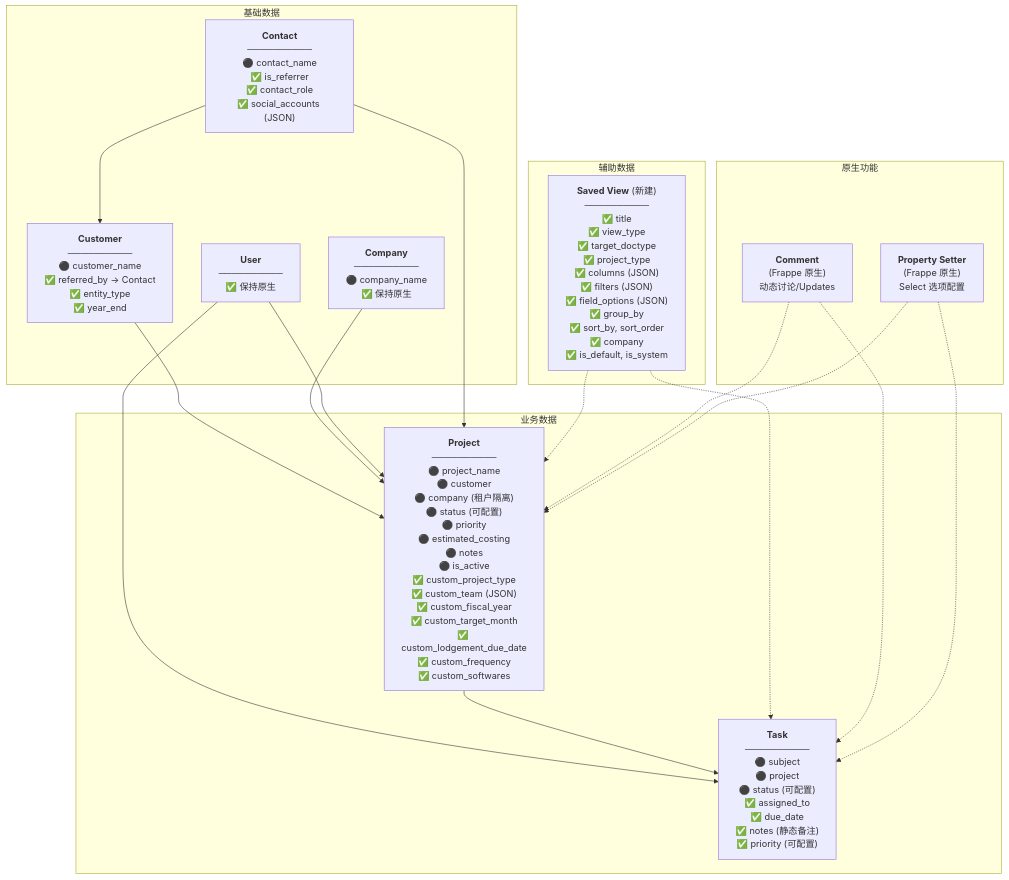
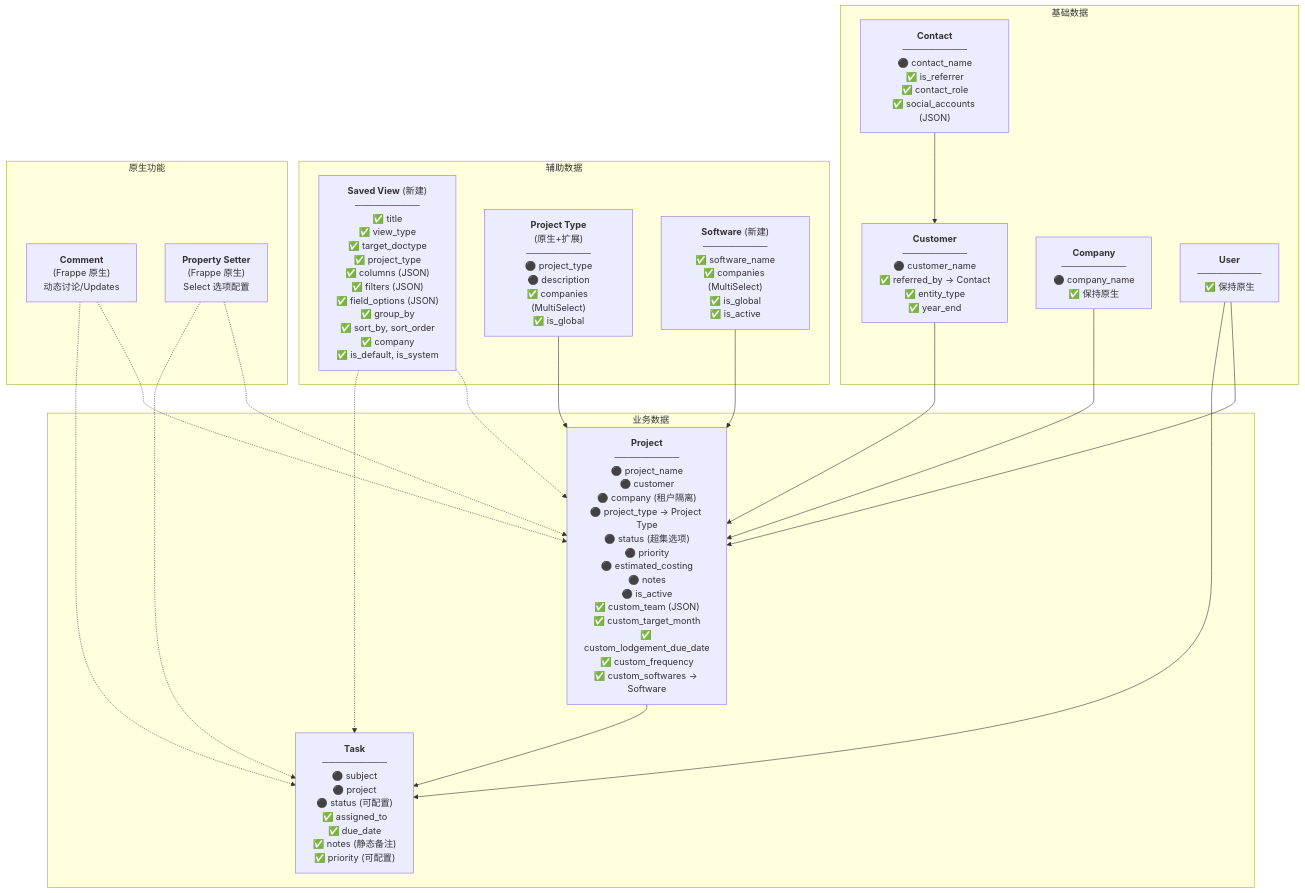
One commit to Top-Figures-Business-Solution-Pty-Ltd/Smart-Accounting-SaaS-Platform changed the second of 2 diagrams in docs/A_Data_Model_Assessment.md. Above: the diagram before and after it, drawn with Mermaid. The commit also changed other lines of this file, not shown here.

````diff
--- a/docs/A_Data_Model_Assessment.md
+++ b/docs/A_Data_Model_Assessment.md
@@ -108,42 +120,48 @@
 ```mermaid
 flowchart TB
     subgraph 基础数据
         CUSTOMER["<b>Customer</b><br/>──────────<br/>⚫ customer_name<br/>✅ referred_by → Contact<br/>✅ entity_type<br/>✅ year_end"]
         
         CONTACT["<b>Contact</b><br/>──────────<br/>⚫ contact_name<br/>✅ is_referrer<br/>✅ contact_role<br/>✅ social_accounts (JSON)"]
         
         COMPANY["<b>Company</b><br/>──────────<br/>⚫ company_name<br/>✅ 保持原生"]
         
         USER["<b>User</b><br/>──────────<br/>✅ 保持原生"]
     end
     
     subgraph 业务数据
-        PROJ["<b>Project</b><br/>──────────<br/>⚫ project_name<br/>⚫ customer<br/>⚫ company (租户隔离)<br/>⚫ status (可配置)<br/>⚫ priority<br/>⚫ estimated_costing<br/>⚫ notes<br/>⚫ is_active<br/>✅ custom_project_type<br/>✅ custom_team (JSON)<br/>✅ custom_fiscal_year<br/>✅ custom_target_month<br/>✅ custom_lodgement_due_date<br/>✅ custom_frequency<br/>✅ custom_softwares"]
+        PROJ["<b>Project</b><br/>──────────<br/>⚫ project_name<br/>⚫ customer<br/>⚫ company (租户隔离)<br/>⚫ project_type → Project Type<br/>⚫ status (超集选项)<br/>⚫ priority<br/>⚫ estimated_costing<br/>⚫ notes<br/>⚫ is_active<br/>✅ custom_team (JSON)<br/>✅ custom_target_month<br/>✅ custom_lodgement_due_date<br/>✅ custom_frequency<br/>✅ custom_softwares → Software"]
         
         TASK["<b>Task</b><br/>──────────<br/>⚫ subject<br/>⚫ project<br/>⚫ status (可配置)<br/>✅ assigned_to<br/>✅ due_date<br/>✅ notes (静态备注)<br/>✅ priority (可配置)"]
     end
     
     subgraph 辅助数据
         SV["<b>Saved View</b> (新建)<br/>──────────<br/>✅ title<br/>✅ view_type<br/>✅ target_doctype<br/>✅ project_type<br/>✅ columns (JSON)<br/>✅ filters (JSON)<br/>✅ field_options (JSON)<br/>✅ group_by<br/>✅ sort_by, sort_order<br/>✅ company<br/>✅ is_default, is_system"]
+        
+        PT["<b>Project Type</b><br/>(原生+扩展)<br/>──────────<br/>⚫ project_type<br/>⚫ description<br/>✅ companies (MultiSelect)<br/>✅ is_global"]
+        
+        SW["<b>Software</b> (新建)<br/>──────────<br/>✅ software_name<br/>✅ companies (MultiSelect)<br/>✅ is_global<br/>✅ is_active"]
     end
     
     subgraph 原生功能
         CMT["<b>Comment</b><br/>(Frappe 原生)<br/>动态讨论/Updates"]
         PS["<b>Property Setter</b><br/>(Frappe 原生)<br/>Select 选项配置"]
     end
     
     CONTACT --> CUSTOMER
     CUSTOMER --> PROJ
     COMPANY --> PROJ
     USER --> PROJ
     USER --> TASK
-    CONTACT --> PROJ
     PROJ --> TASK
+    
+    PT --> PROJ
+    SW --> PROJ
     
     SV -.-> PROJ
     SV -.-> TASK
     CMT -.-> PROJ
     CMT -.-> TASK
     PS -.-> PROJ
     PS -.-> TASK
 ```
````
